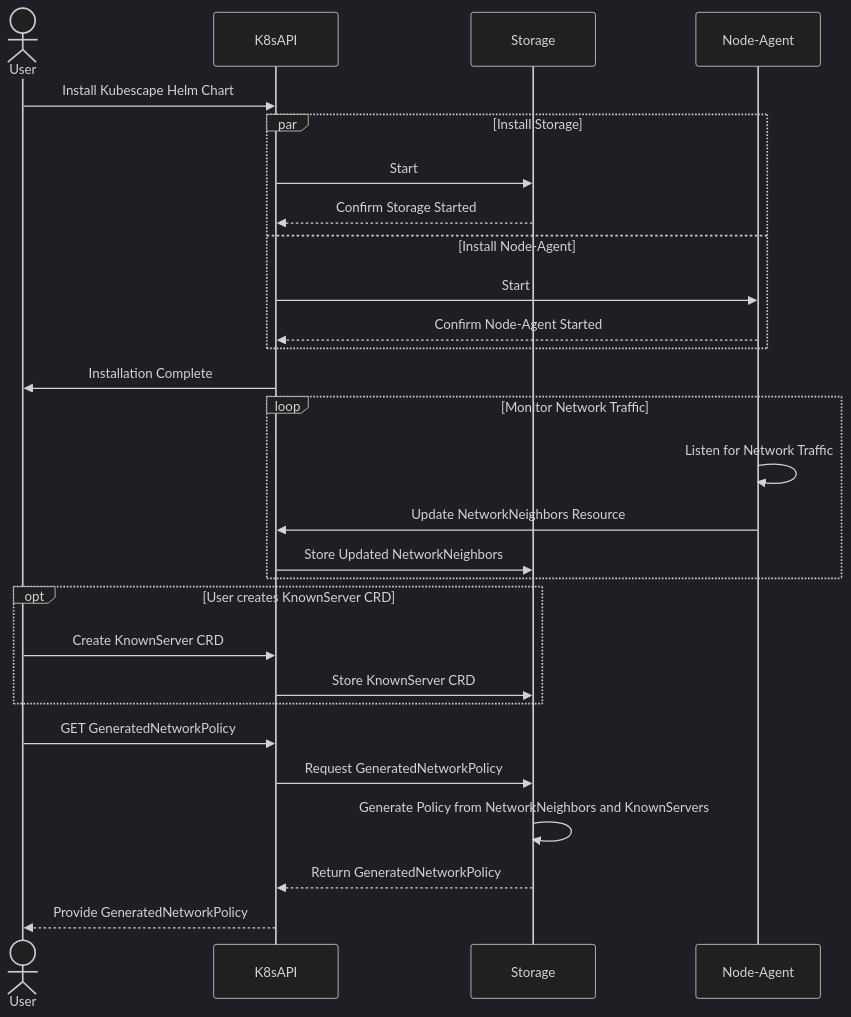
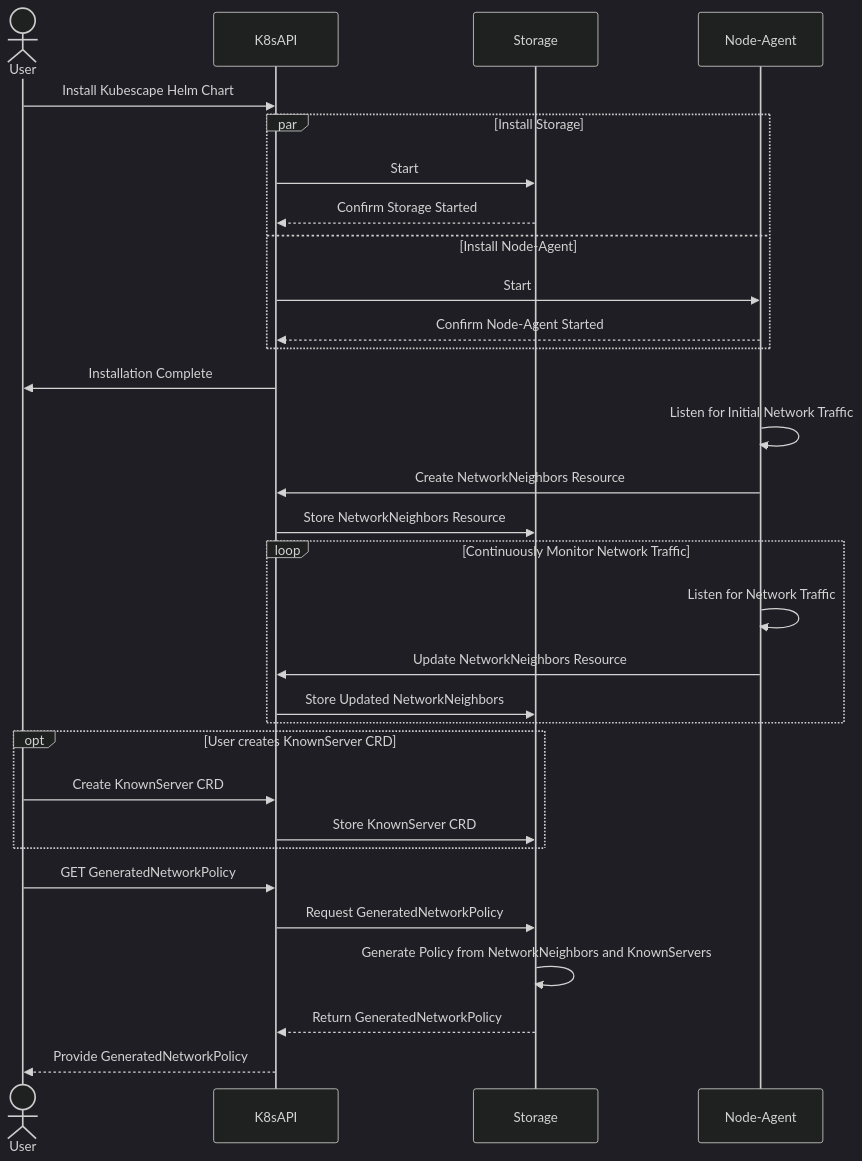
Diagram 13 of 13 in charts/kubescape-operator/README.md (kubescape/helm-charts), drawn with Mermaid (dark theme) before and after one commit. The commit also changed other lines of this file, not shown here.

````diff
--- a/charts/kubescape-operator/README.md
+++ b/charts/kubescape-operator/README.md
@@ -1005,38 +1006,43 @@
 ```mermaid
 sequenceDiagram
     actor u as User
     participant k8a as K8sAPI
     participant kss as Storage
     participant ksn as Node-Agent
 
     u ->> k8a: Install Kubescape Helm Chart
     par Install Storage
         k8a ->> kss: Start
         kss -->> k8a: Confirm Storage Started
     and Install Node-Agent
         k8a ->> ksn: Start
         ksn -->> k8a: Confirm Node-Agent Started
     end
     k8a ->> u: Installation Complete
 
+    %% Initial creation of NetworkNeighbors resource by Node-Agent
+    ksn ->> ksn: Listen for Initial Network Traffic
+    ksn ->> k8a: Create NetworkNeighbors Resource
+    k8a ->> kss: Store NetworkNeighbors Resource
+
     %% Node-Agent continuously monitors network traffic and updates NetworkNeighbors
-    loop Monitor Network Traffic
+    loop Continuously Monitor Network Traffic
         ksn ->> ksn: Listen for Network Traffic
         ksn ->> k8a: Update NetworkNeighbors Resource
         k8a ->> kss: Store Updated NetworkNeighbors
     end
 
     %% Optional scenario: User creates a 'KnownServer' CRD
     opt User creates KnownServer CRD
         u ->> k8a: Create KnownServer CRD
         k8a ->> kss: Store KnownServer CRD
     end
 
     %% User requests GeneratedNetworkPolicy CRD
     u ->> k8a: GET GeneratedNetworkPolicy
     k8a ->> kss: Request GeneratedNetworkPolicy
     kss ->> kss: Generate Policy from NetworkNeighbors and KnownServers
     kss -->> k8a: Return GeneratedNetworkPolicy
     k8a -->> u: Provide GeneratedNetworkPolicy
 
 ```
````
